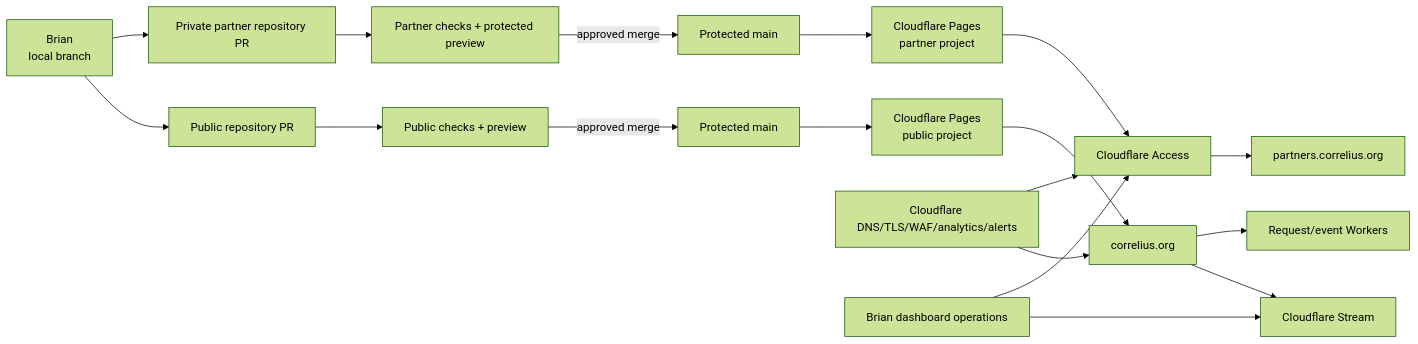
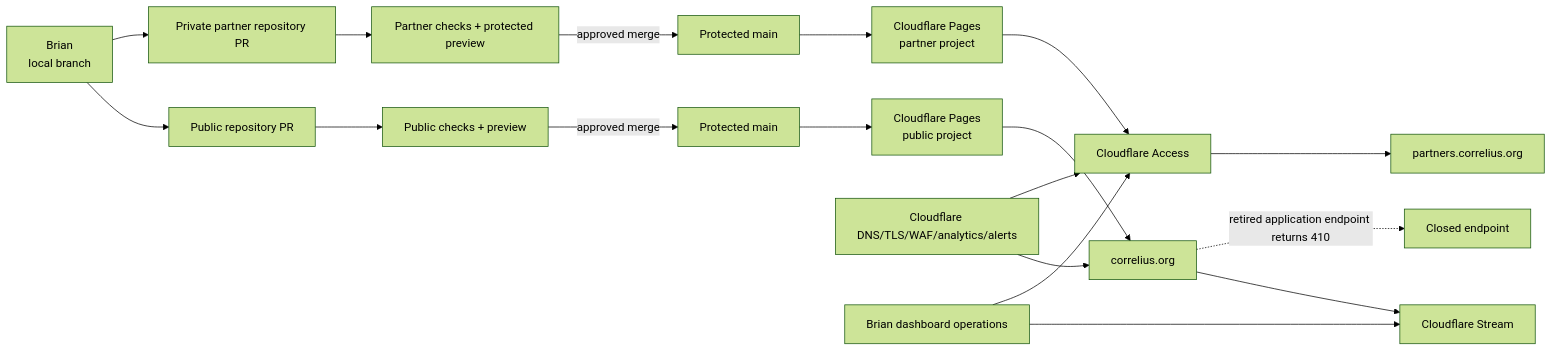
The diagram in docs/design/07-deployment-design.md (correliussaga/correlius-site), drawn with Mermaid (forest theme) before and after one commit. The commit also changed other lines of this file and 47 other files, not shown here.

````diff
--- a/docs/design/07-deployment-design.md
+++ b/docs/design/07-deployment-design.md
@@ -52,23 +52,23 @@
 ```mermaid
 flowchart LR
   DEV[Brian\nlocal branch] --> PR1[Public repository PR]
   DEV --> PR2[Private partner repository PR]
 
   PR1 --> CI1[Public checks + preview]
   PR2 --> CI2[Partner checks + protected preview]
   CI1 -->|approved merge| M1[Protected main]
   CI2 -->|approved merge| M2[Protected main]
 
   M1 --> CP1[Cloudflare Pages\npublic project]
   M2 --> CP2[Cloudflare Pages\npartner project]
   CP1 --> PUB[correlius.org]
   CP2 --> ACC[Cloudflare Access]
   ACC --> PAR[partners.correlius.org]
 
   PUB --> ST[Cloudflare Stream]
-  PUB --> WK[Request/event Workers]
+  PUB -. retired application endpoint returns 410 .-> CLOSED[Closed endpoint]
   CF[Cloudflare DNS/TLS/WAF/analytics/alerts] --> PUB
   CF --> ACC
   BA[Brian dashboard operations] --> ST
   BA --> ACC
 ```
````
